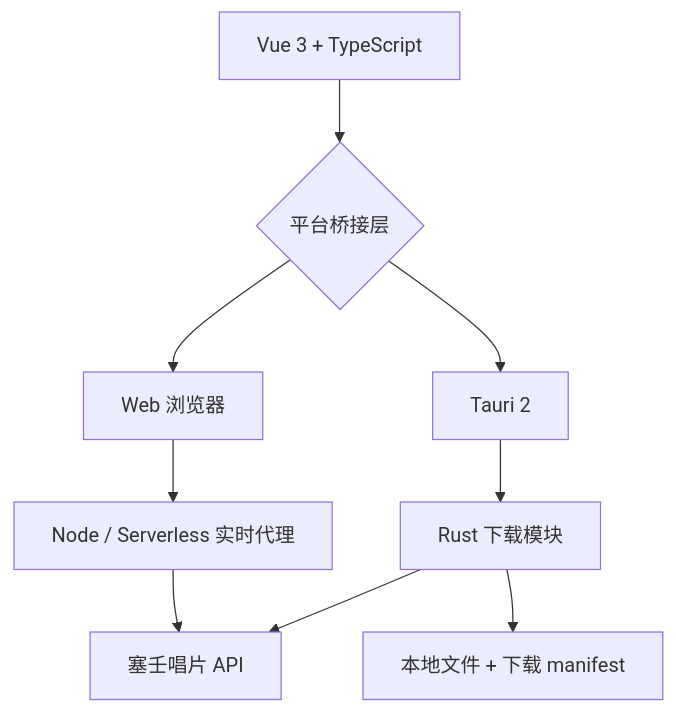
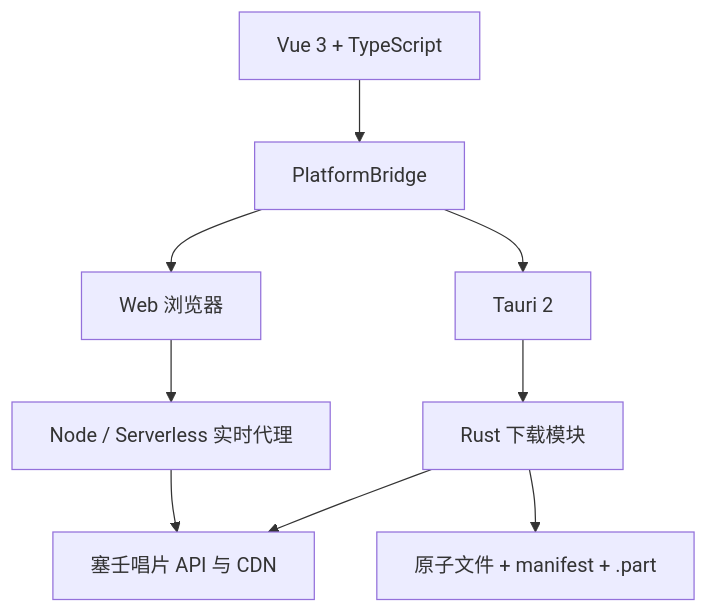
One commit to MXWF0/Siren-Records-Music-Downloader changed the diagram in cross-platform/README.md. Above: the diagram before and after it, drawn with Mermaid. The commit also changed other lines of this file and 44 other files, not shown here.

````diff
--- a/cross-platform/README.md
+++ b/cross-platform/README.md
@@ -11,11 +22,11 @@
 ```mermaid
 flowchart TD
-  UI["Vue 3 + TypeScript"] --> PLATFORM{"平台桥接层"}
-  PLATFORM --> WEB["Web 浏览器"]
-  PLATFORM --> TAURI["Tauri 2"]
+  UI["Vue 3 + TypeScript"] --> BRIDGE["PlatformBridge"]
+  BRIDGE --> WEB["Web 浏览器"]
+  BRIDGE --> TAURI["Tauri 2"]
   WEB --> PROXY["Node / Serverless 实时代理"]
   TAURI --> RUST["Rust 下载模块"]
-  PROXY --> API["塞壬唱片 API"]
+  PROXY --> API["塞壬唱片 API 与 CDN"]
   RUST --> API
-  RUST --> FILES["本地文件 + 下载 manifest"]
+  RUST --> FILES["原子文件 + manifest + .part"]
 ```
````
